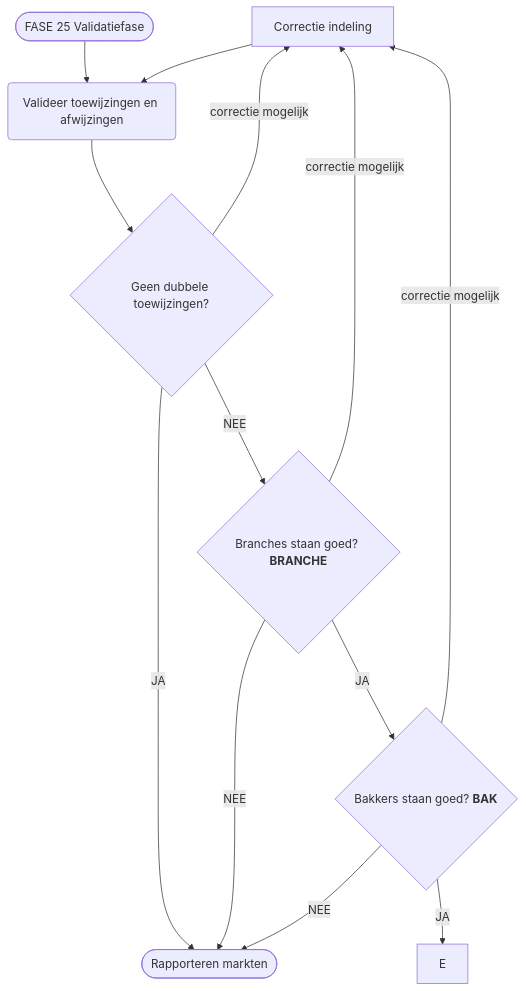
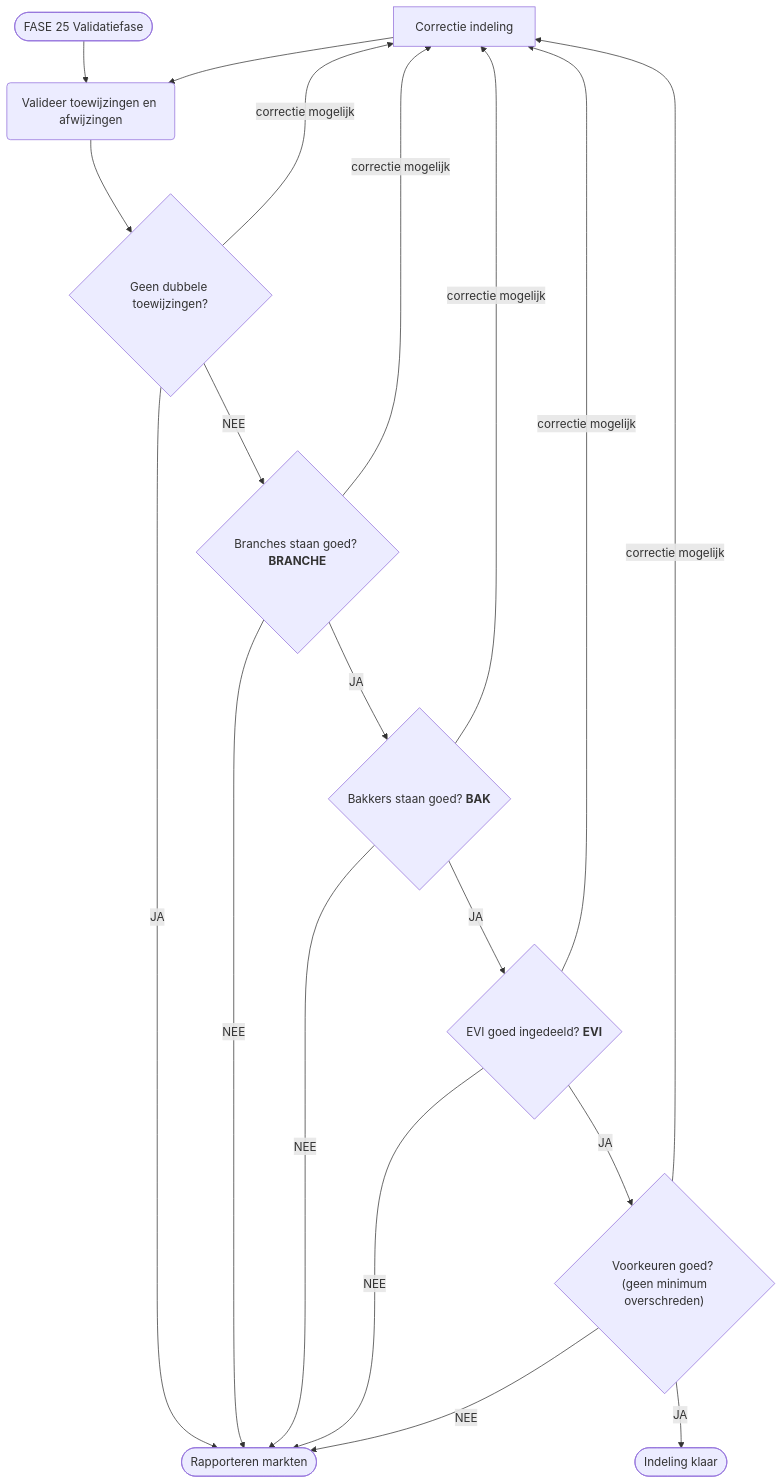
The diagram in diagrams/src/fase_25.mmd (Amsterdam/makkelijkemarkt-allocation), drawn with Mermaid before and after one commit. The commit also changed 12 other files, not shown here.

Commit message:
fixed bug in diagram 25

```diff
--- a/diagrams/src/fase_25.mmd
+++ b/diagrams/src/fase_25.mmd
@@ -1,20 +1,30 @@
 graph TD          
     rap(["Rapporteren markten"])
     cor["Correctie indeling"] --> A2
     A(["FASE 25 Validatiefase"]) -->
     A2(Valideer toewijzingen en afwijzingen) -->
 
-    C{Geen dubbele toewijzingen?}   
+    C{Geen dubbele toewijzingen?}
     C --JA--> rap
     C --correctie mogelijk--> cor
     C --NEE--> D
 
-    D{Branches staan goed? <b>BRANCHE</b>}     
+    D{Branches staan goed? <b>BRANCHE</b>}
     D --NEE--> rap
     D --correctie mogelijk--> cor
-    D --JA--> D1 
-      
-    D1{Bakkers staan goed? <b>BAK</b>}         
+    D --JA--> D1
+
+    D1{Bakkers staan goed? <b>BAK</b>}
     D1 --NEE--> rap
     D1 --correctie mogelijk--> cor
-    D1 --JA--> E 
+    D1 --JA--> E
+
+    E{EVI goed ingedeeld? <b>EVI</b>}
+    E --NEE--> rap
+    E --correctie mogelijk--> cor
+    E --JA--> F
+
+    F{"Voorkeuren goed? <br> (geen minimum overschreden)"}
+    F --NEE--> rap
+    F --correctie mogelijk--> cor
+    F --JA--> Z(["Indeling klaar"])
```
